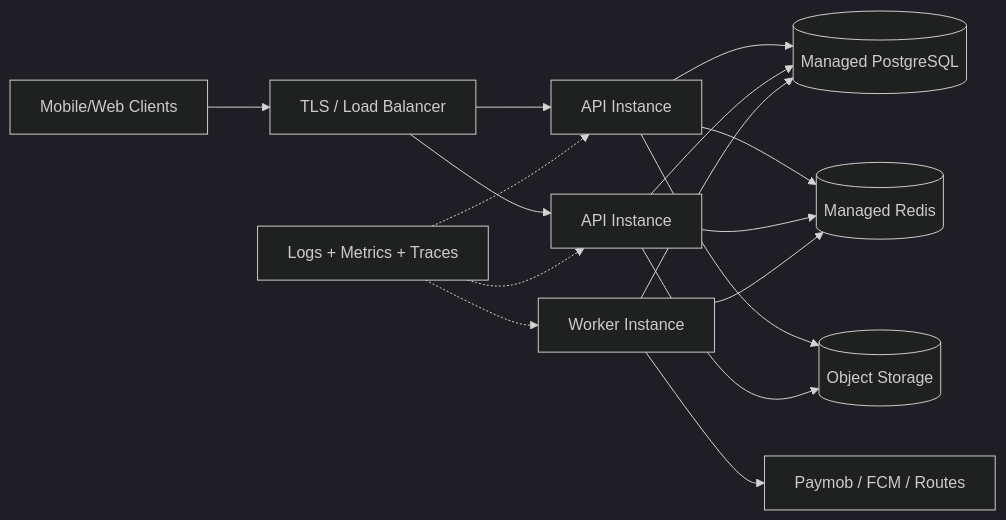
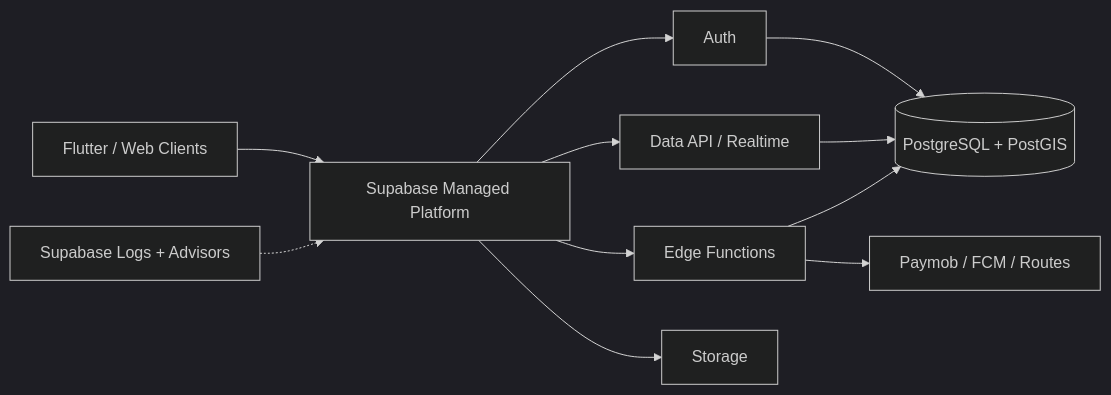
One commit to YoussefShawky0/bariq changed the third of 14 diagrams in docs/BARIQ-ENGINEERING-PLAN.md. Above: the diagram before and after it, drawn with Mermaid (dark theme). The commit also changed other lines of this file and 46 other files, not shown here.

````diff
--- a/docs/BARIQ-ENGINEERING-PLAN.md
+++ b/docs/BARIQ-ENGINEERING-PLAN.md
@@ -186,18 +193,13 @@
 ```mermaid
 flowchart LR
-    Internet["Mobile/Web Clients"] --> LB["TLS / Load Balancer"]
-    LB --> API1["API Instance"]
-    LB --> API2["API Instance"]
-    API1 --> PG[("Managed PostgreSQL")]
-    API2 --> PG
-    API1 --> R[("Managed Redis")]
-    API2 --> R
-    Worker["Worker Instance"] --> PG
-    Worker --> R
-    API1 --> OBJ[("Object Storage")]
-    API2 --> OBJ
-    Worker --> External["Paymob / FCM / Routes"]
-    Obs["Logs + Metrics + Traces"] -.-> API1
-    Obs -.-> API2
-    Obs -.-> Worker
+    Internet["Flutter / Web Clients"] --> Platform["Supabase Managed Platform"]
+    Platform --> Auth["Auth"]
+    Platform --> API["Data API / Realtime"]
+    Platform --> Functions["Edge Functions"]
+    Platform --> Storage["Storage"]
+    Auth --> PG[("PostgreSQL + PostGIS")]
+    API --> PG
+    Functions --> PG
+    Functions --> External["Paymob / FCM / Routes"]
+    Logs["Supabase Logs + Advisors"] -.-> Platform
 ```
````
